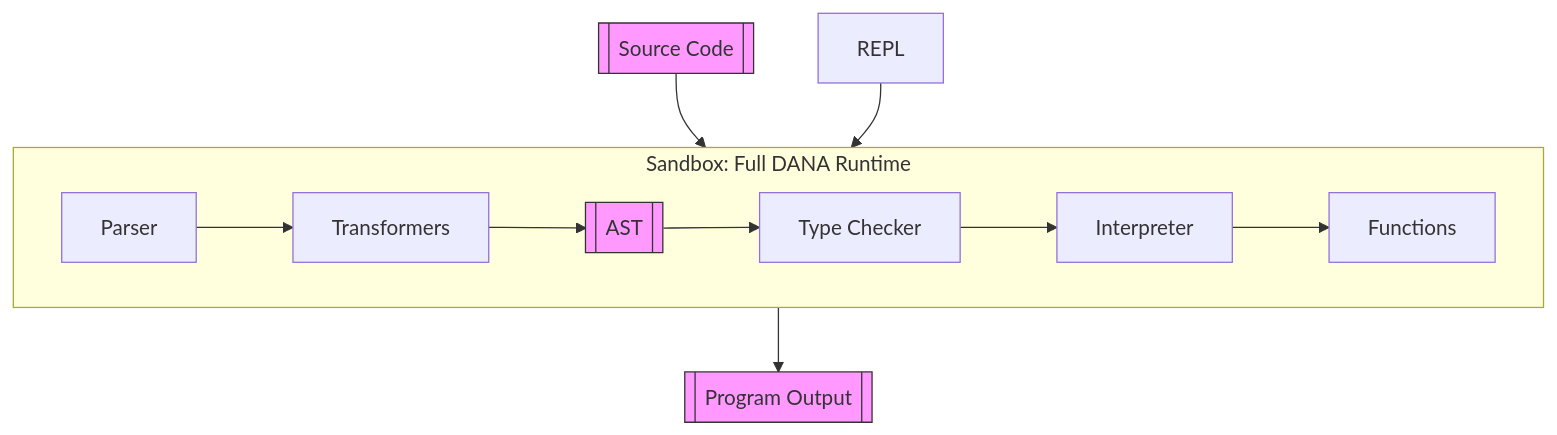
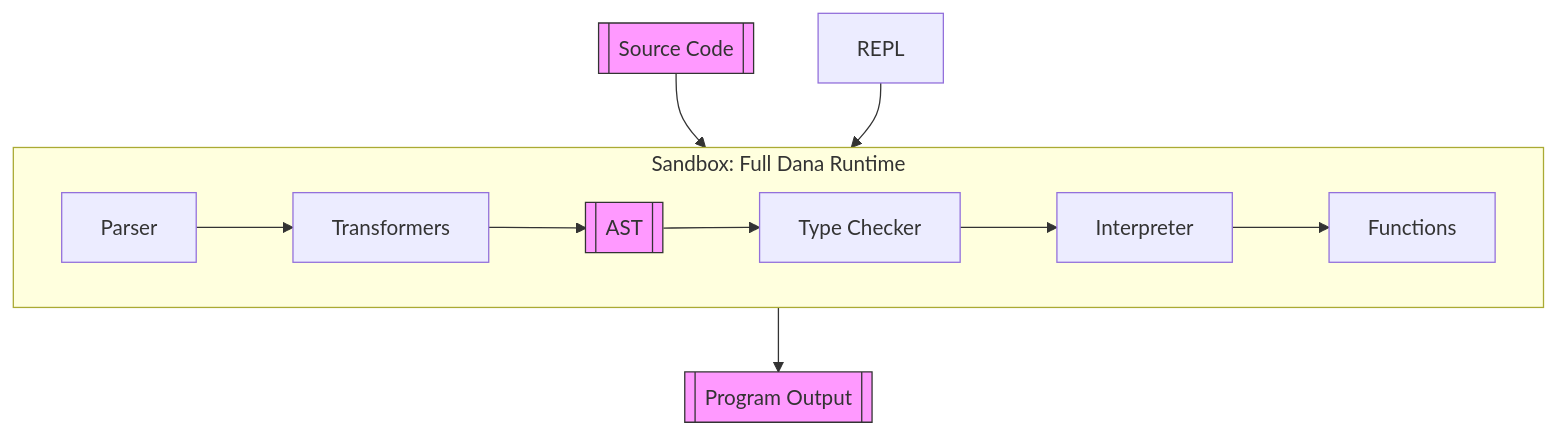
One commit to aitomatic/dana changed the diagram in docs/dana/sandbox.md. Above: the diagram before and after it, drawn with Mermaid. The commit also changed other lines of this file and 54 other files, not shown here.

````diff
--- a/docs/dana/sandbox.md
+++ b/docs/dana/sandbox.md
@@ -27,15 +27,15 @@
 ```mermaid
 graph TB
     SC[[Source Code]] --> SB
     REPL[REPL] --> SB
-    subgraph SB [Sandbox: Full DANA Runtime]
+    subgraph SB [Sandbox: Full Dana Runtime]
         direction LR
         P[Parser] --> T[Transformers] --> AST[[AST]]
         AST --> TC[Type Checker]
         TC --> I[Interpreter] --> F[Functions]
     end
     SB --> O[[Program Output]]
     style SC fill:#f9f,stroke:#333
     style AST fill:#f9f,stroke:#333
     style O fill:#f9f,stroke:#333
 ```
````
